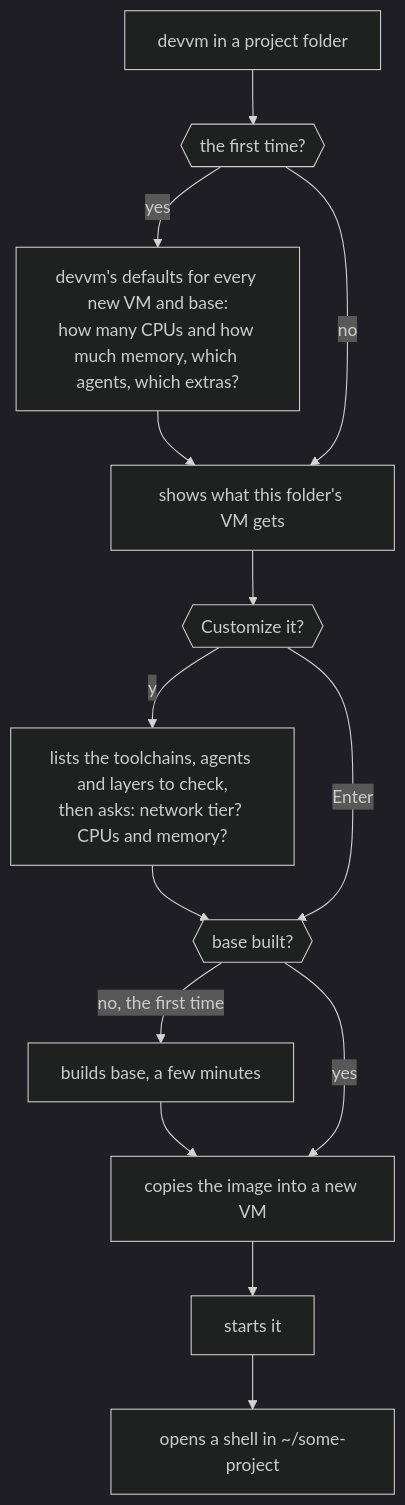
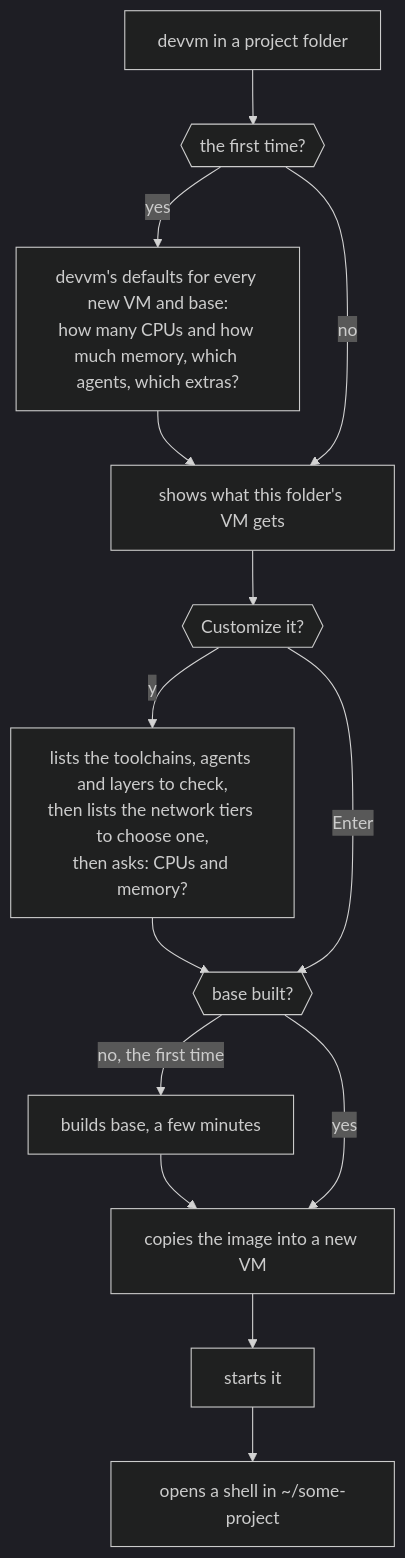
Before and after one commit to DustyPolk/devvm: the diagram in docs/content/docs/getting-started/first-vm.md, drawn with Mermaid (dark theme). The commit also changed other lines of this file and 18 other files, not shown here.

First line of the commit message:
feat(vm): a new VM's network tier is chosen from a list

````diff
--- a/docs/content/docs/getting-started/first-vm.md
+++ b/docs/content/docs/getting-started/first-vm.md
@@ -82,12 +82,12 @@
 ```mermaid
 flowchart TD
   run["devvm in a project folder"] --> first{{"the first time?"}}
   first -- "yes" --> size["devvm's defaults for every new VM and base:<br>how many CPUs and how much memory, which agents, which extras?"] --> summary
   first -- "no" --> summary["shows what this folder's VM gets"]
   summary --> custom{{"Customize it?"}}
-  custom -- "y" --> pick["lists the toolchains, agents and layers to check,<br>then asks: network tier? CPUs and memory?"] --> built
+  custom -- "y" --> pick["lists the toolchains, agents and layers to check,<br>then lists the network tiers to choose one,<br>then asks: CPUs and memory?"] --> built
   custom -- "Enter" --> built{{"base built?"}}
   built -- "no, the first time" --> build["builds base, a few minutes"] --> copy
   built -- "yes" --> copy["copies the image into a new VM"]
   copy --> start["starts it"] --> shell["opens a shell in ~/some-project"]
 ```
````
